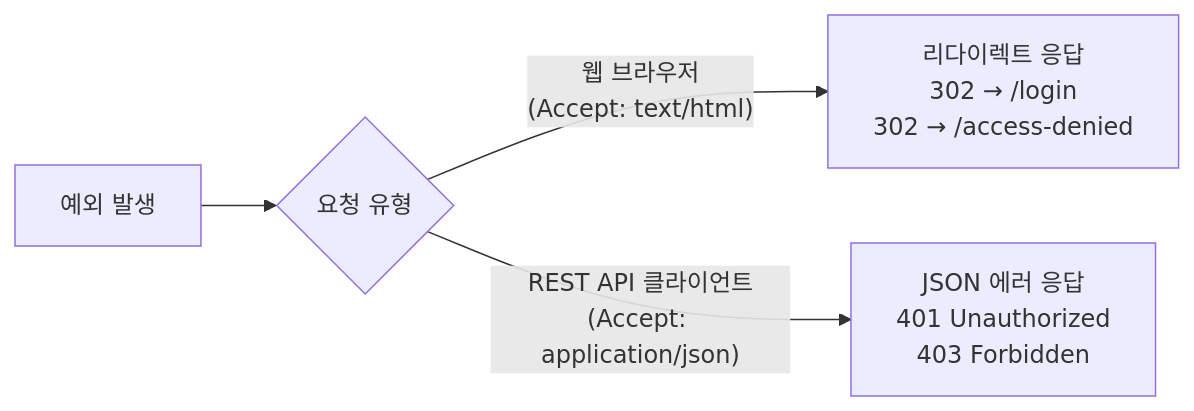
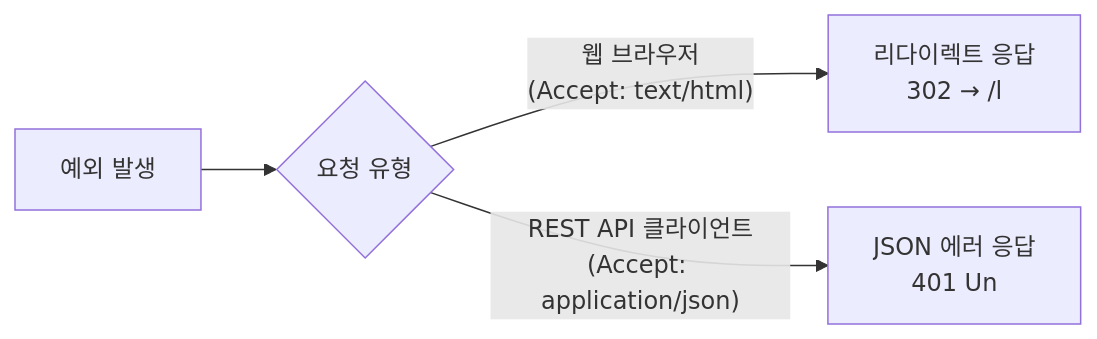
One commit to yjkim2015/yjkim2015.github.io changed the third of 3 diagrams in _posts/security/2021-05-16-예외 처리 및 요청 캐시 필터.md. Above: the diagram before and after it, drawn with Mermaid. The commit also changed other lines of this file and 271 other files, not shown here.

First line of the commit message:
Mermaid 라벨 축소: 긴 노드 텍스트 18자 이하로 트림 + \n 제거

````diff
--- a/_posts/security/2021-05-16-예외 처리 및 요청 캐시 필터.md
+++ b/_posts/security/2021-05-16-예외 처리 및 요청 캐시 필터.md
@@ -196,6 +196,6 @@
 ```mermaid
 flowchart LR
     A["예외 발생"] --> B{"요청 유형"}
-    B -- "웹 브라우저\n(Accept: text/html)" --> C["리다이렉트 응답\n302 → /login\n302 → /access-denied"]
-    B -- "REST API 클라이언트\n(Accept: application/json)" --> D["JSON 에러 응답\n401 Unauthorized\n403 Forbidden"]
+    B -- "웹 브라우저\n(Accept: text/html)" --> C["리다이렉트 응답\n302 → /l"]
+    B -- "REST API 클라이언트\n(Accept: application/json)" --> D["JSON 에러 응답\n401 Un"]
 ```
````
